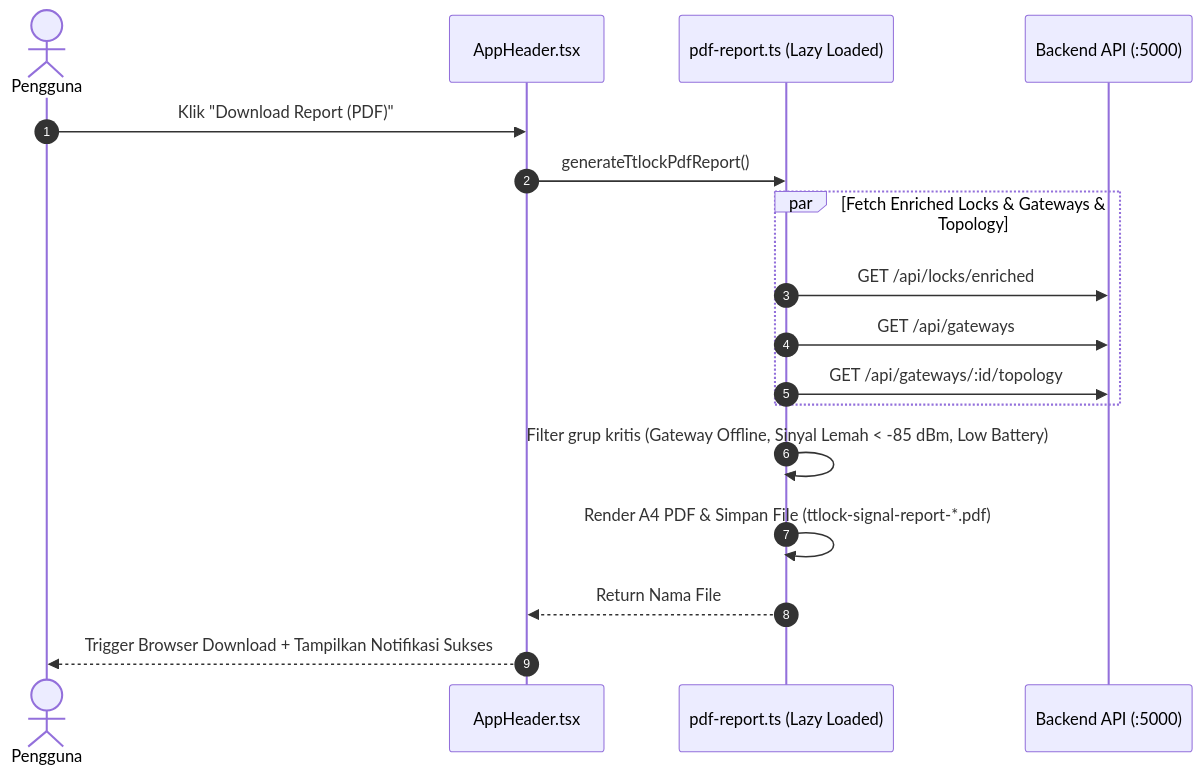
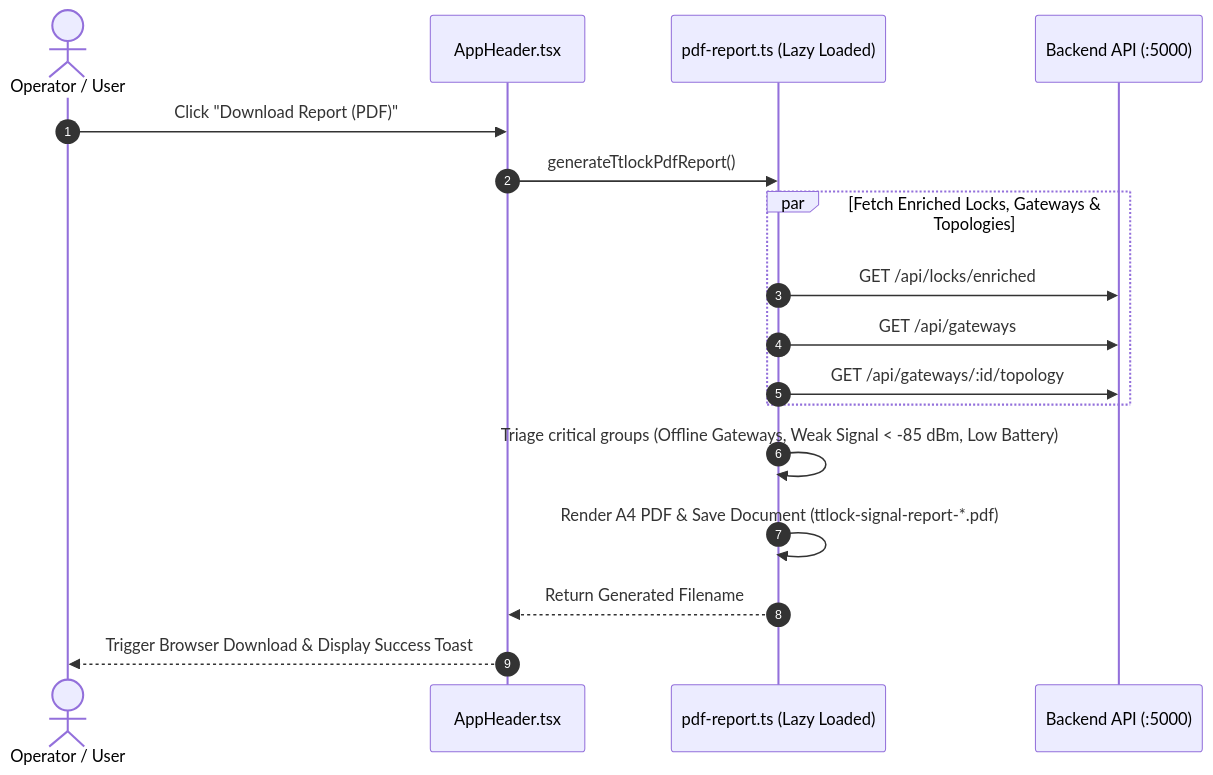
The fifth of 7 diagrams in docs/ARCHITECTURE.md (helmipradita/ttlock-dashboard), drawn with Mermaid before and after one commit. The commit also changed other lines of this file and 9 other files, not shown here.

````diff
--- a/docs/ARCHITECTURE.md
+++ b/docs/ARCHITECTURE.md
@@ -135,20 +135,20 @@
 ```mermaid
 sequenceDiagram
     autonumber
-    actor User as Pengguna
+    actor User as Operator / User
     participant Header as AppHeader.tsx
     participant PdfEngine as pdf-report.ts (Lazy Loaded)
     participant API as Backend API (:5000)
 
-    User->>Header: Klik "Download Report (PDF)"
+    User->>Header: Click "Download Report (PDF)"
     Header->>PdfEngine: generateTtlockPdfReport()
-    par Fetch Enriched Locks & Gateways & Topology
+    par Fetch Enriched Locks, Gateways & Topologies
         PdfEngine->>API: GET /api/locks/enriched
         PdfEngine->>API: GET /api/gateways
         PdfEngine->>API: GET /api/gateways/:id/topology
     end
-    PdfEngine->>PdfEngine: Filter grup kritis (Gateway Offline, Sinyal Lemah < -85 dBm, Low Battery)
-    PdfEngine->>PdfEngine: Render A4 PDF & Simpan File (ttlock-signal-report-*.pdf)
-    PdfEngine-->>Header: Return Nama File
-    Header-->>User: Trigger Browser Download + Tampilkan Notifikasi Sukses
+    PdfEngine->>PdfEngine: Triage critical groups (Offline Gateways, Weak Signal < -85 dBm, Low Battery)
+    PdfEngine->>PdfEngine: Render A4 PDF & Save Document (ttlock-signal-report-*.pdf)
+    PdfEngine-->>Header: Return Generated Filename
+    Header-->>User: Trigger Browser Download & Display Success Toast
 ```
````
